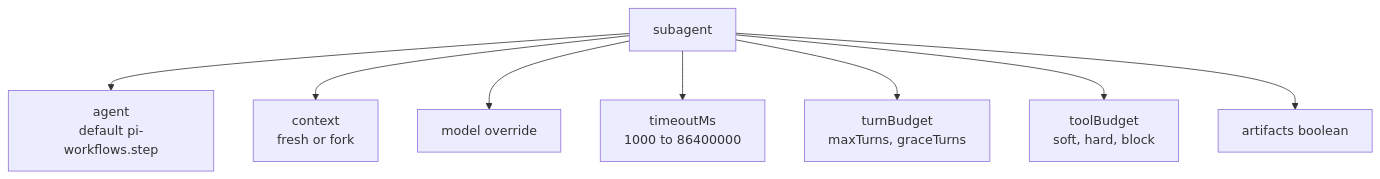
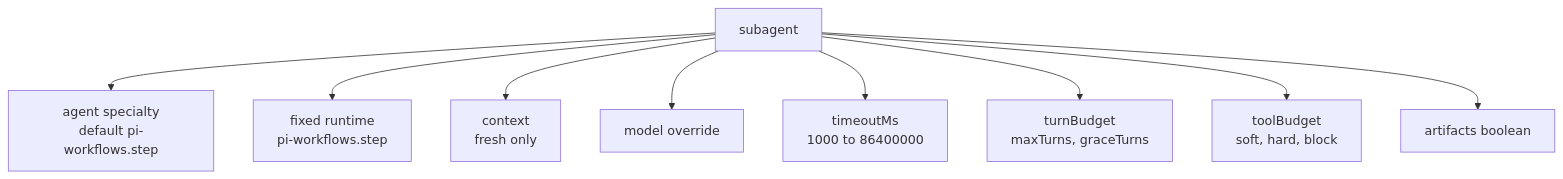
One commit to wichayutdew/pi-workflows changed the sixth of 7 diagrams in openwiki/authoring/workflow-files.md. Above: the diagram before and after it, drawn with Mermaid. The commit also changed other lines of this file and 32 other files, not shown here.

````diff
--- a/openwiki/authoring/workflow-files.md
+++ b/openwiki/authoring/workflow-files.md
@@ -171,10 +181,11 @@
 ```mermaid
 flowchart TD
-  Subagent[subagent] --> Agent[agent<br/>default pi-workflows.step]
-  Subagent --> Context[context<br/>fresh or fork]
+  Subagent[subagent] --> Specialty[agent specialty<br/>default pi-workflows.step]
+  Subagent --> Runtime[fixed runtime<br/>pi-workflows.step]
+  Subagent --> Context[context<br/>fresh only]
   Subagent --> Model[model override]
   Subagent --> Timeout[timeoutMs<br/>1000 to 86400000]
   Subagent --> TurnBudget[turnBudget<br/>maxTurns, graceTurns]
   Subagent --> ToolBudget[toolBudget<br/>soft, hard, block]
   Subagent --> Artifacts[artifacts boolean]
 ```
````
